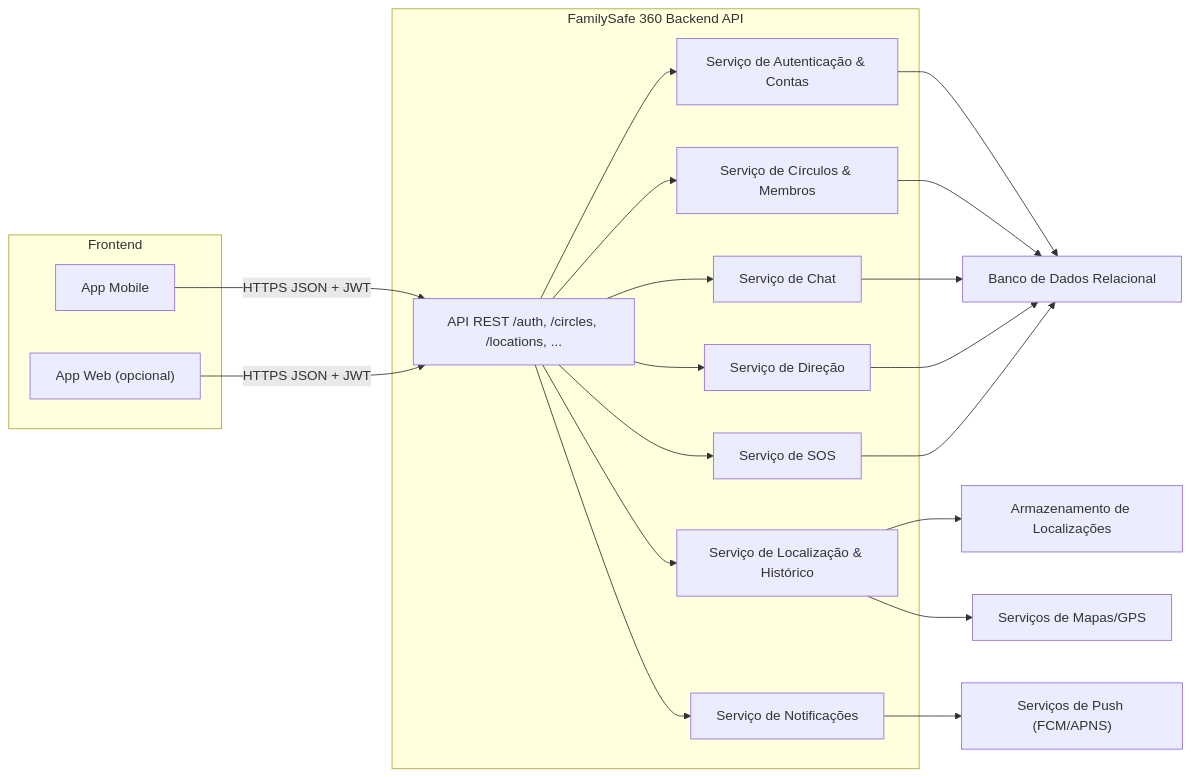
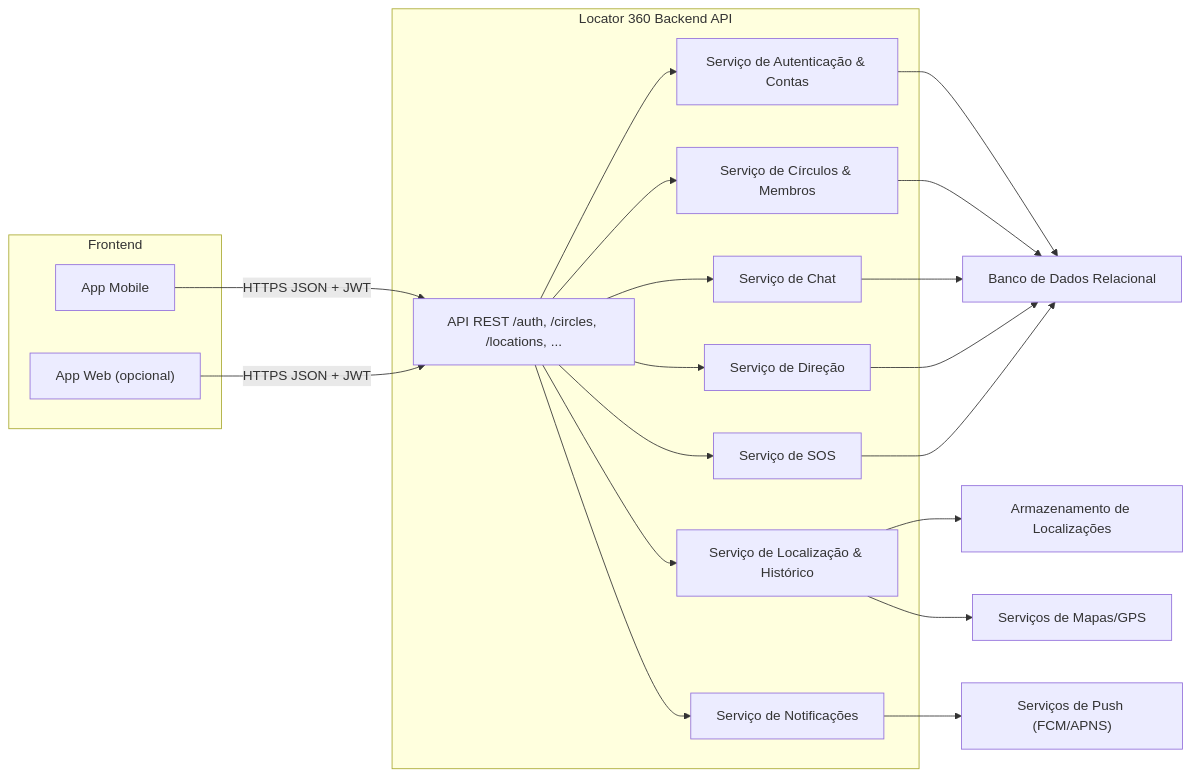
The seventh of 8 diagrams in Docs/diagrams.md (romanzini/locator360), drawn with Mermaid before and after one commit. The commit also changed other lines of this file and 10 other files, not shown here.

````diff
--- a/Docs/diagrams.md
+++ b/Docs/diagrams.md
@@ -264,44 +264,44 @@
 ```mermaid
 graph LR
   subgraph Frontend
     Mobile[App Mobile]
     Web["App Web (opcional)"]
   end
 
-  subgraph Backend["FamilySafe 360 Backend API"]
+  subgraph Backend["Locator 360 Backend API"]
     APIGW[API REST /auth, /circles, /locations, ...]
     SAuth["Serviço de Autenticação & Contas"]
     SCircle["Serviço de Círculos & Membros"]
     SLoc["Serviço de Localização & Histórico"]
     SDrive["Serviço de Direção"]
     SSOS["Serviço de SOS"]
     SChat["Serviço de Chat"]
     SNotif["Serviço de Notificações"]
   end
 
   DB["Banco de Dados Relacional"]
   LocStore["Armazenamento de Localizações"]
   Push["Serviços de Push (FCM/APNS)"]
   Maps["Serviços de Mapas/GPS"]
 
   Mobile -->|HTTPS JSON + JWT| APIGW
   Web -->|HTTPS JSON + JWT| APIGW
 
   APIGW --> SAuth
   APIGW --> SCircle
   APIGW --> SLoc
   APIGW --> SDrive
   APIGW --> SSOS
   APIGW --> SChat
   APIGW --> SNotif
 
   SAuth --> DB
   SCircle --> DB
   SChat --> DB
   SDrive --> DB
   SSOS --> DB
   SLoc --> LocStore
 
   SNotif --> Push
   SLoc --> Maps
 ```
````
